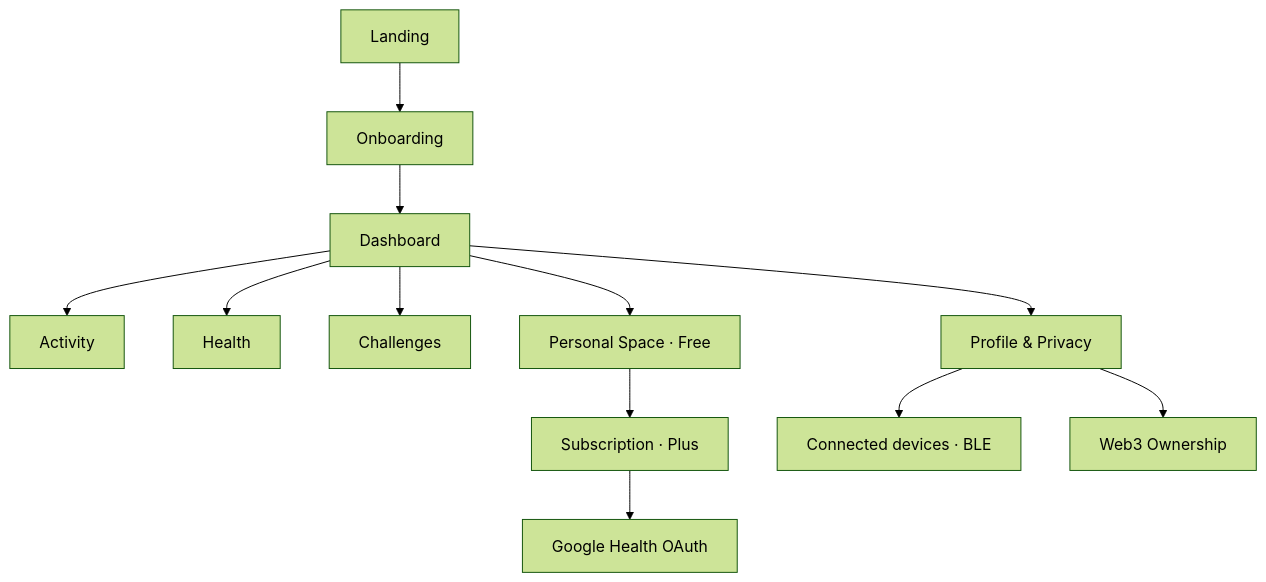
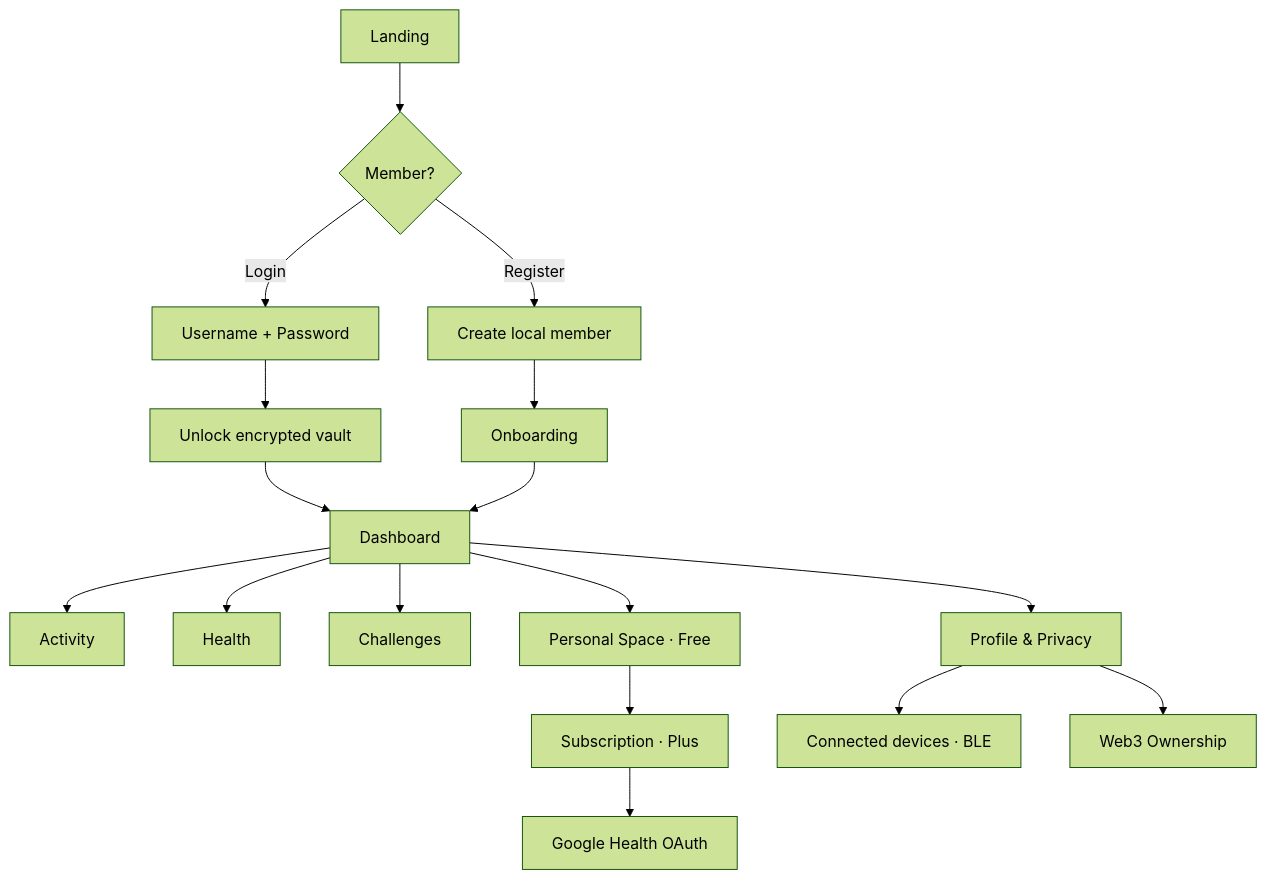
One commit to b46usf/biosync changed the diagram in docs/biosync-wireframe-ui-ux.md. Above: the diagram before and after it, drawn with Mermaid (forest theme). The commit also changed other lines of this file and 5 other files, not shown here.

Commit message:
Add local member sign-in and polish modal forms

````diff
--- a/docs/biosync-wireframe-ui-ux.md
+++ b/docs/biosync-wireframe-ui-ux.md
@@ -15,14 +15,19 @@
 ```mermaid
 flowchart TD
-  A[Landing] --> B[Onboarding]
-  B --> C[Dashboard]
-  C --> D[Activity]
-  C --> E[Health]
-  C --> F[Challenges]
-  C --> G[Profile & Privacy]
-  C --> H[Personal Space · Free]
-  H --> I[Subscription · Plus]
-  I --> J[Google Health OAuth]
-  G --> K[Connected devices · BLE]
-  G --> L[Web3 Ownership]
+  A[Landing] --> B{Member?}
+  B -->|Login| C[Username + Password]
+  B -->|Register| D[Create local member]
+  C --> E[Unlock encrypted vault]
+  D --> F[Onboarding]
+  E --> G[Dashboard]
+  F --> G
+  G --> H[Activity]
+  G --> I[Health]
+  G --> J[Challenges]
+  G --> K[Profile & Privacy]
+  G --> L[Personal Space · Free]
+  L --> M[Subscription · Plus]
+  M --> N[Google Health OAuth]
+  K --> O[Connected devices · BLE]
+  K --> P[Web3 Ownership]
 ```
````
